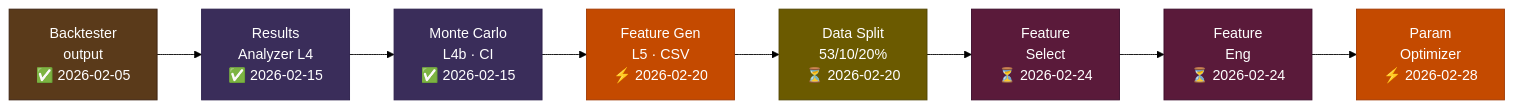
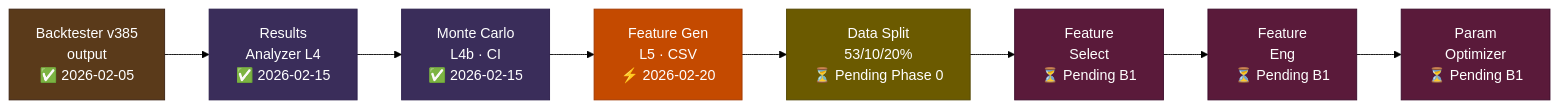
One commit to S23Web3/Vault changed the third of 6 diagrams in uml/strategy-system-flow.md. Above: the diagram before and after it, drawn with Mermaid (forest theme). The commit also changed other lines of this file and 245 other files, not shown here.

````diff
--- a/uml/strategy-system-flow.md
+++ b/uml/strategy-system-flow.md
@@ -54,20 +96,20 @@
 ```mermaid
 flowchart LR
-    BT2[Backtester\noutput\n✅ 2026-02-05]
+    BT2[Backtester v385\noutput\n✅ 2026-02-05]
     BT2 --> VA4[Results\nAnalyzer L4\n✅ 2026-02-15]
     VA4 --> VA4b[Monte Carlo\nL4b · CI\n✅ 2026-02-15]
     VA4b --> VA5[Feature Gen\nL5 · CSV\n⚡ 2026-02-20]
-    VA5 --> SPLIT[Data Split\n53/10/20%\n⏳ 2026-02-20]
-    SPLIT --> M1[Feature\nSelect\n⏳ 2026-02-24]
-    M1 --> M2[Feature\nEng\n⏳ 2026-02-24]
-    M2 --> M3[Param\nOptimizer\n⚡ 2026-02-28]
+    VA5 --> SPLIT[Data Split\n53/10/20%\n⏳ Pending Phase 0]
+    SPLIT --> M1[Feature\nSelect\n⏳ Pending B1]
+    M1 --> M2[Feature\nEng\n⏳ Pending B1]
+    M2 --> M3[Param\nOptimizer\n⏳ Pending B1]
 
     style BT2  fill:#5a3a1a,color:#fff,stroke:#3a2010
     style VA4  fill:#3a2d5a,color:#fff,stroke:#2a1d4a
     style VA4b fill:#3a2d5a,color:#fff,stroke:#2a1d4a
     style VA5  fill:#c44a00,color:#fff,stroke:#a03800
     style SPLIT fill:#6b5a00,color:#fff,stroke:#504400
     style M1   fill:#5a1a3a,color:#fff,stroke:#3a0a2a
     style M2   fill:#5a1a3a,color:#fff,stroke:#3a0a2a
-    style M3   fill:#c44a00,color:#fff,stroke:#a03800
+    style M3   fill:#5a1a3a,color:#fff,stroke:#3a0a2a
 ```
````
